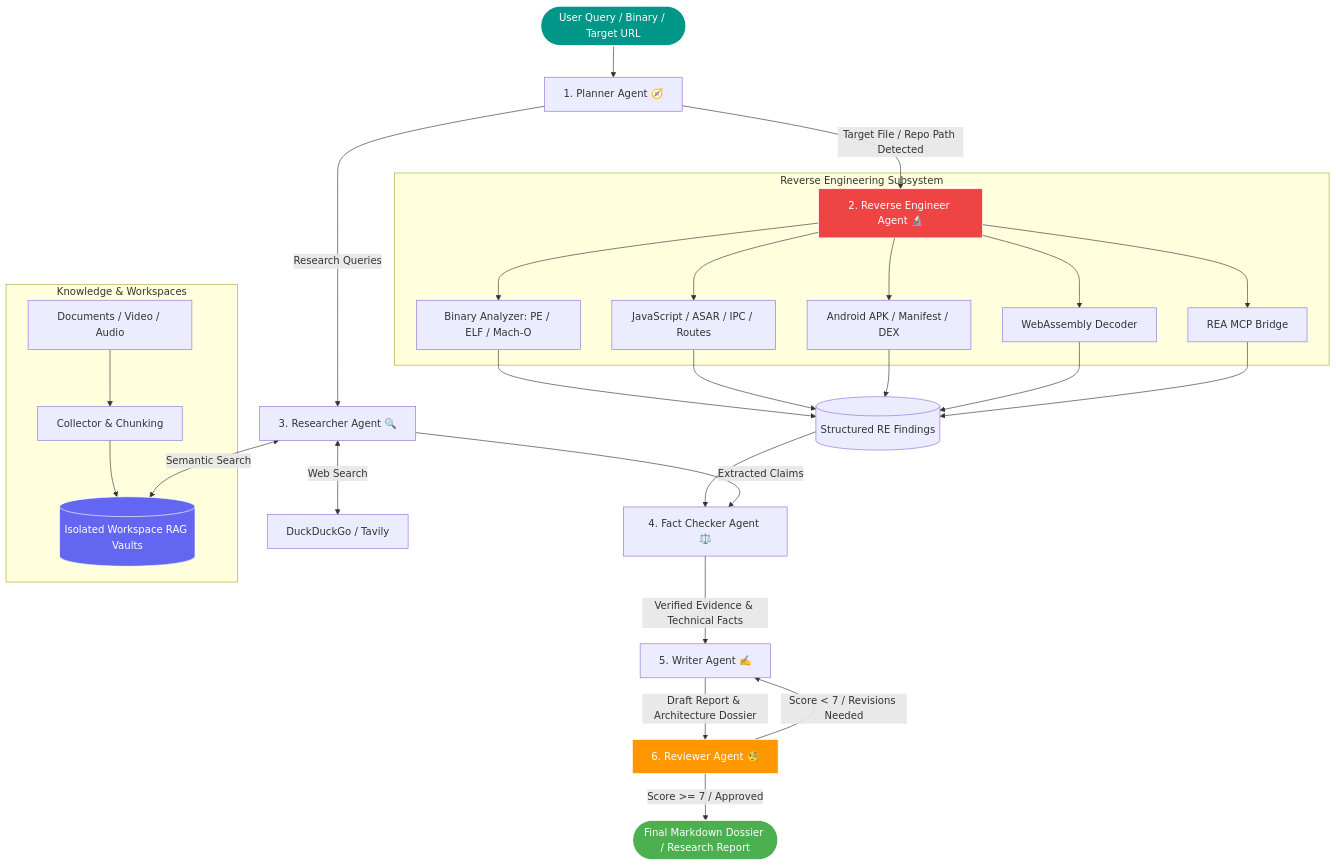
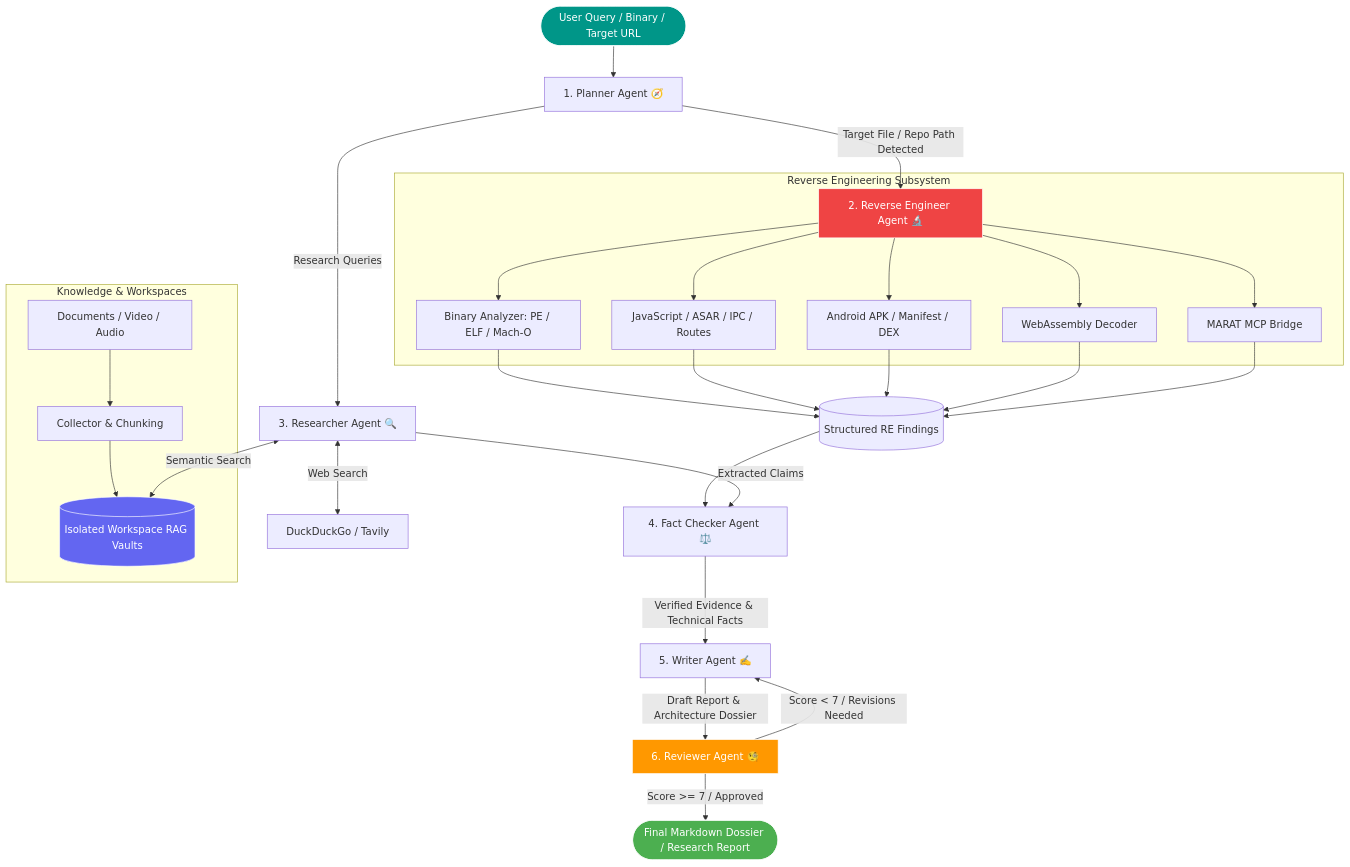
Before and after one commit to shivbu22/Marat: the diagram in README.md, drawn with Mermaid. The commit also changed other lines of this file and 6 other files, not shown here.

````diff
--- a/README.md
+++ b/README.md
@@ -42,39 +42,39 @@
 ```mermaid
 flowchart TD
     Input([User Query / Binary / Target URL]) --> Planner[1. Planner Agent 🧭]
     
     Planner -->|Target File / Repo Path Detected| REAgent[2. Reverse Engineer Agent 🔬]
     Planner -->|Research Queries| Researcher[3. Researcher Agent 🔍]
     
     subgraph Reverse Engineering Subsystem
         REAgent --> BinAn[Binary Analyzer: PE / ELF / Mach-O]
         REAgent --> JSAn[JavaScript / ASAR / IPC / Routes]
         REAgent --> APKAn[Android APK / Manifest / DEX]
         REAgent --> WASMAn[WebAssembly Decoder]
-        REAgent --> MCPBridge[REA MCP Bridge]
+        REAgent --> MCPBridge[MARAT MCP Bridge]
     end
 
     subgraph Knowledge & Workspaces
         DocUpload[Documents / Video / Audio] --> Collector[Collector & Chunking]
         Collector --> ChromaVault[(Isolated Workspace RAG Vaults)]
     end
 
     BinAn & JSAn & APKAn & WASMAn & MCPBridge --> Findings[(Structured RE Findings)]
     Findings --> FactChecker[4. Fact Checker Agent ⚖️]
     
     Researcher <-->|Web Search| DDG[DuckDuckGo / Tavily]
     Researcher <-->|Semantic Search| ChromaVault
     Researcher -->|Extracted Claims| FactChecker
 
     FactChecker -->|Verified Evidence & Technical Facts| Writer[5. Writer Agent ✍️]
     Writer -->|Draft Report & Architecture Dossier| Reviewer[6. Reviewer Agent 🧐]
 
     Reviewer -->|Score < 7 / Revisions Needed| Writer
     Reviewer -->|Score >= 7 / Approved| Output([Final Markdown Dossier / Research Report])
 
     style Input fill:#009688,stroke:#fff,color:#fff
     style Output fill:#4caf50,stroke:#fff,color:#fff
     style ChromaVault fill:#6366F1,stroke:#fff,color:#fff
     style REAgent fill:#EF4444,stroke:#fff,color:#fff
     style Reviewer fill:#ff9800,stroke:#fff,color:#fff
 ```
````
